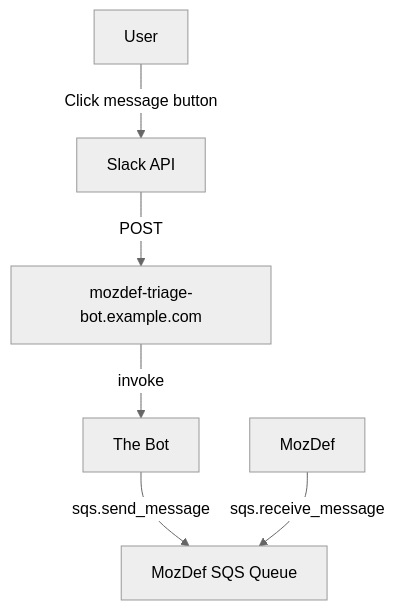
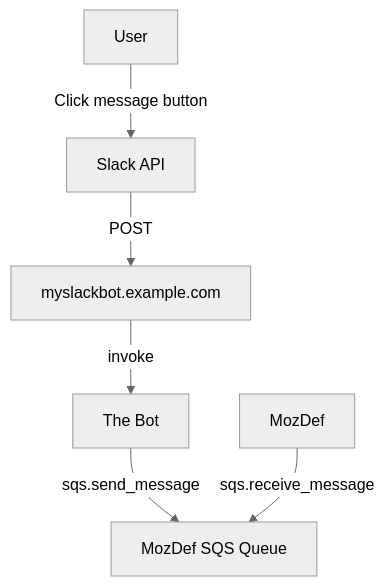
One commit to mozilla/MozDef-Triage-Bot changed the second of 2 diagrams in README.md. Above: the diagram before and after it, drawn with Mermaid (neutral theme). The commit also changed other lines of this file, not shown here.

````diff
--- a/README.md
+++ b/README.md
@@ -62,14 +62,14 @@
 ```mermaid
 graph TD
     mozdef[MozDef]
     bot[The Bot]
     slack[Slack API]
     user[User]
-    apigateway[mozdef-triage-bot.example.com]
+    apigateway[myslackbot.example.com]
     sqs[MozDef SQS Queue]
     user -->|Click message button| slack
     slack -->|POST| apigateway
     apigateway -->|invoke| bot
     bot -->|sqs.send_message| sqs
     mozdef -->|sqs.receive_message| sqs
 ```
````
